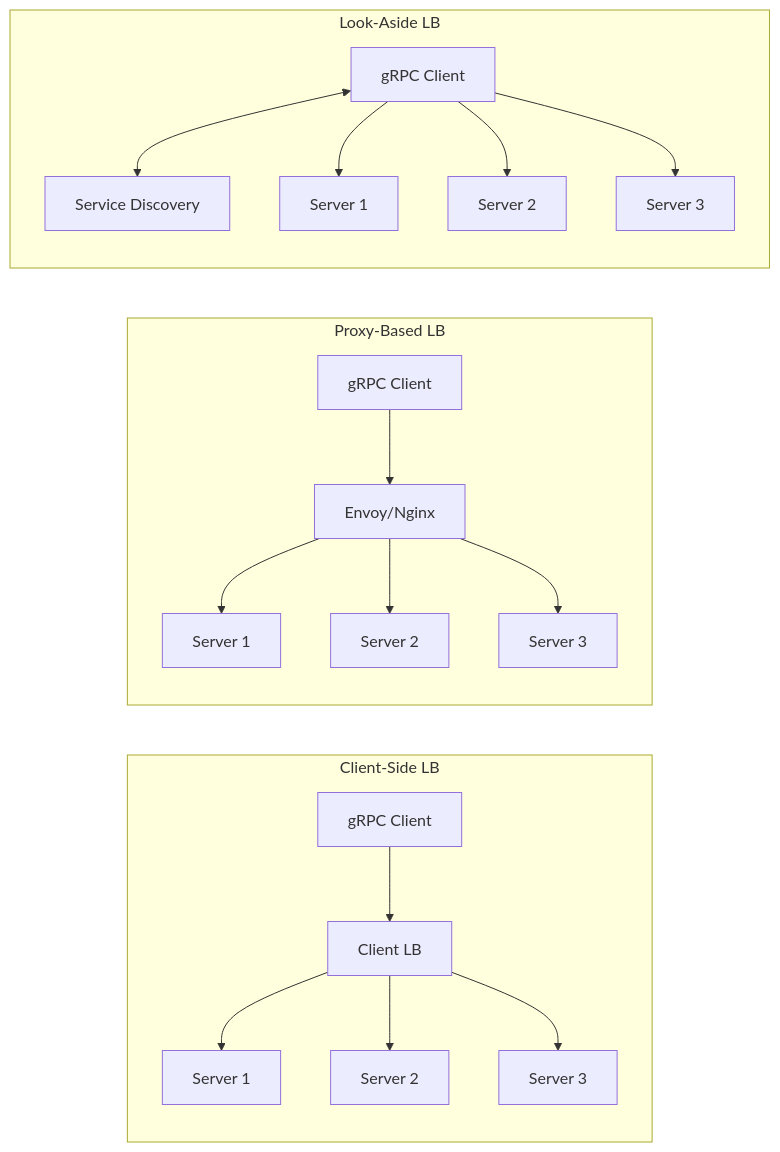
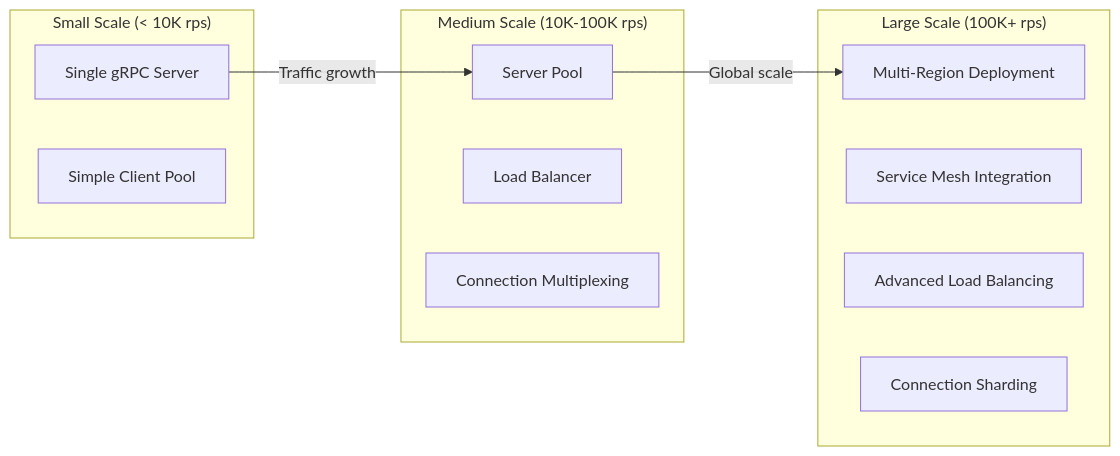
The fourth of 6 diagrams in docs/pattern-library/communication/grpc.md (deepaucksharma/DStudio), drawn with Mermaid before and after one commit. The commit also changed other lines of this file and 11 other files, not shown here.

````diff
--- a/docs/pattern-library/communication/grpc.md
+++ b/docs/pattern-library/communication/grpc.md
@@ -256,23 +437,23 @@
 ```mermaid
 graph LR
-    subgraph "Client-Side LB"
-        C[gRPC Client] --> LB[Client LB]
-        LB --> S1[Server 1]
-        LB --> S2[Server 2]
-        LB --> S3[Server 3]
+    subgraph "Small Scale (< 10K rps)"
+        A1[Single gRPC Server]
+        A2[Simple Client Pool]
     end
     
-    subgraph "Proxy-Based LB"
-        C2[gRPC Client] --> P[Envoy/Nginx]
-        P --> S4[Server 1]
-        P --> S5[Server 2]
-        P --> S6[Server 3]
+    subgraph "Medium Scale (10K-100K rps)"
+        B1[Server Pool]
+        B2[Load Balancer]
+        B3[Connection Multiplexing]
     end
     
-    subgraph "Look-Aside LB"
-        C3[gRPC Client] <--> D[Service Discovery]
-        C3 --> S7[Server 1]
-        C3 --> S8[Server 2]
-        C3 --> S9[Server 3]
+    subgraph "Large Scale (100K+ rps)"
+        C1[Multi-Region Deployment]
+        C2[Service Mesh Integration]
+        C3[Advanced Load Balancing]
+        C4[Connection Sharding]
     end
+    
+    A1 -->|Traffic growth| B1
+    B1 -->|Global scale| C1
 ```
````
